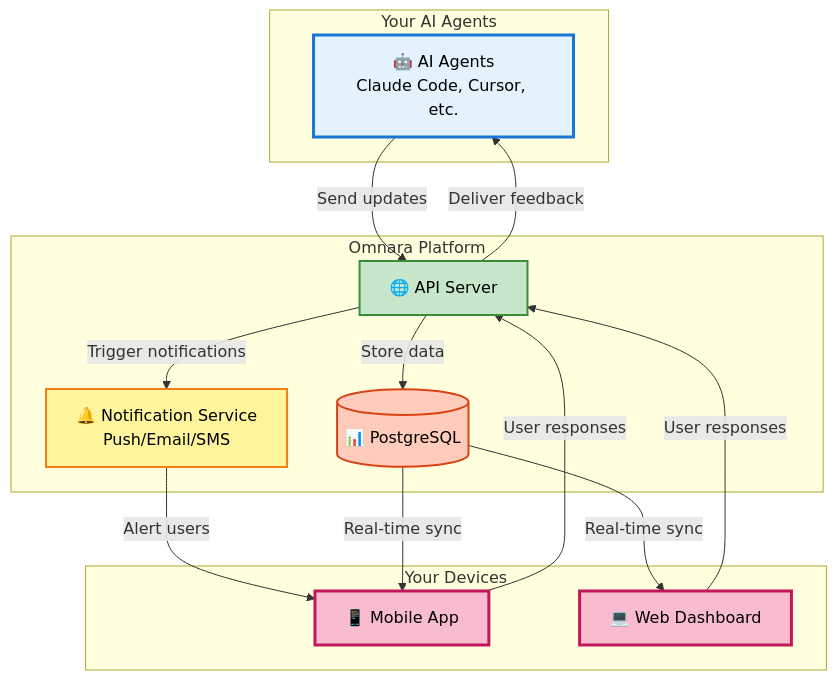
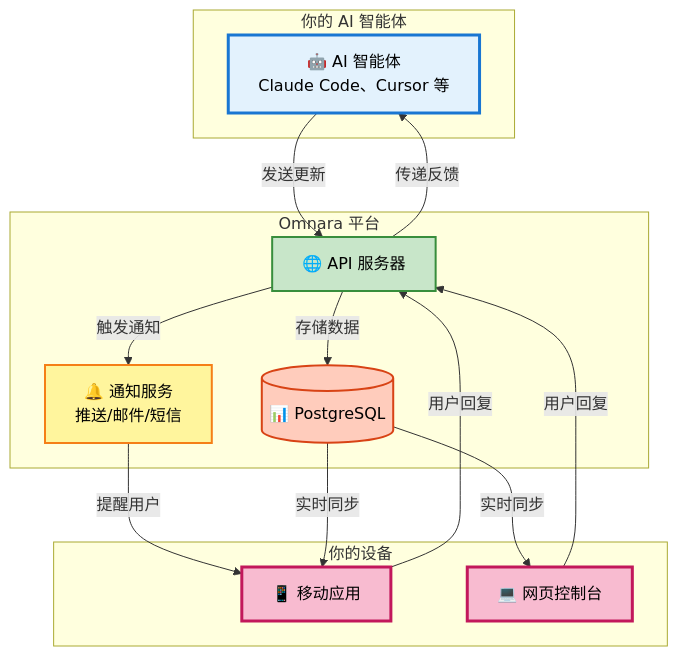
One commit to xychendave/omnara changed the diagram in README.md. Above: the diagram before and after it, drawn with Mermaid. The commit also changed other lines of this file and 25 other files, not shown here.

````diff
--- a/README.md
+++ b/README.md
@@ -219,34 +223,34 @@
 ```mermaid
 graph TB
-    subgraph "Your AI Agents"
-        A[🤖 AI Agents<br/>Claude Code, Cursor, etc.]
+    subgraph "你的 AI 智能体"
+        A[🤖 AI 智能体<br/>Claude Code、Cursor 等]
     end
 
-    subgraph "Omnara Platform"
-        API[🌐 API Server]
+    subgraph "Omnara 平台"
+        API[🌐 API 服务器]
         DB[(📊 PostgreSQL)]
-        NOTIFY[🔔 Notification Service<br/>Push/Email/SMS]
+        NOTIFY[🔔 通知服务<br/>推送/邮件/短信]
     end
 
-    subgraph "Your Devices"
-        M[📱 Mobile App]
-        W[💻 Web Dashboard]
+    subgraph "你的设备"
+        M[📱 移动应用]
+        W[💻 网页控制台]
     end
 
-    A -->|Send updates| API
-    API -->|Store data| DB
-    API -->|Trigger notifications| NOTIFY
-    NOTIFY -->|Alert users| M
-    DB -->|Real-time sync| M
-    DB -->|Real-time sync| W
-    M -->|User responses| API
-    W -->|User responses| API
-    API -->|Deliver feedback| A
+    A -->|发送更新| API
+    API -->|存储数据| DB
+    API -->|触发通知| NOTIFY
+    NOTIFY -->|提醒用户| M
+    DB -->|实时同步| M
+    DB -->|实时同步| W
+    M -->|用户回复| API
+    W -->|用户回复| API
+    API -->|传递反馈| A
 
     style A fill:#e3f2fd,stroke:#1976d2,stroke-width:3px,color:#000
     style API fill:#c8e6c9,stroke:#388e3c,stroke-width:2px,color:#000
     style DB fill:#ffccbc,stroke:#d84315,stroke-width:2px,color:#000
     style NOTIFY fill:#fff59d,stroke:#f57f17,stroke-width:2px,color:#000
     style M fill:#f8bbd0,stroke:#c2185b,stroke-width:3px,color:#000
     style W fill:#f8bbd0,stroke:#c2185b,stroke-width:3px,color:#000
 ```
````
